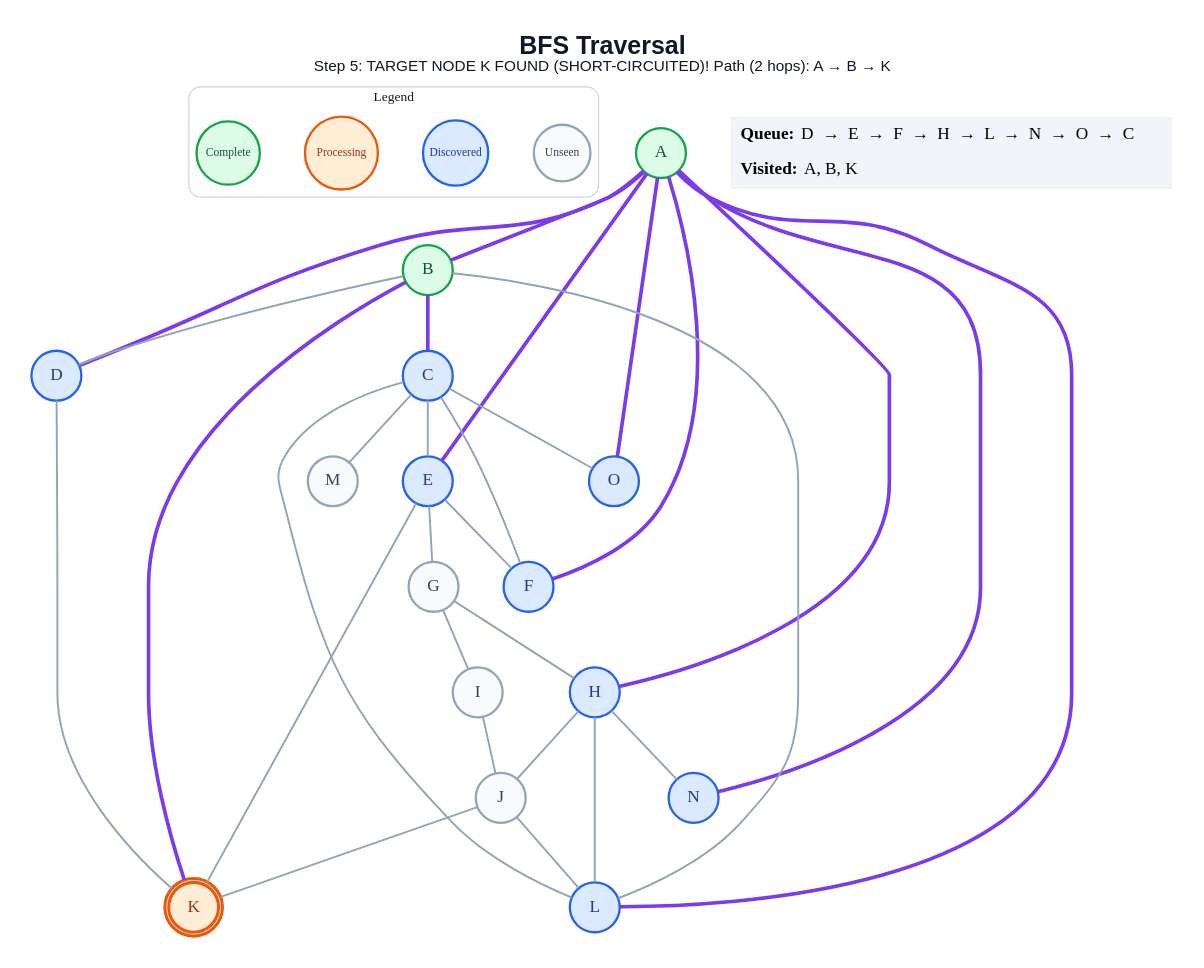
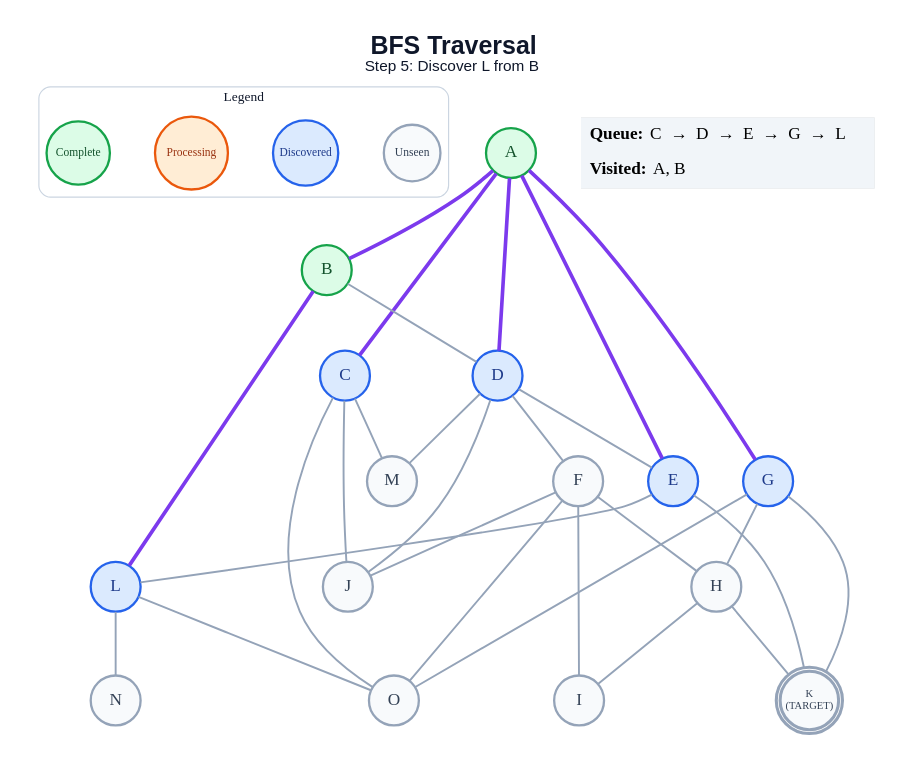
One commit to anon7238593-create/ai-slop changed the diagram in generated/short-circuit/bfs/step_05.dot. Above: the diagram before and after it, drawn with Graphviz. The commit also changed 238 other files, not shown here.

```diff
--- a/generated/short-circuit/bfs/step_05.dot
+++ b/generated/short-circuit/bfs/step_05.dot
@@ -1,63 +1,61 @@
 graph traversal {
   graph [layout=dot, rankdir=TB, bgcolor="#FFFFFF", pad="0.35", nodesep="0.65", ranksep="0.8", fontname="Arial"];
   node [shape=circle, style="filled", fontname="Arial Bold", fontsize=18, width=0.72, fixedsize=true, penwidth=2.4];
   edge [color="#94A3B8", penwidth=2.0];
-  label=<<B>BFS Traversal</B><BR/><FONT POINT-SIZE="16">Step 5: TARGET NODE K FOUND (SHORT-CIRCUITED)! Path (2 hops): A → B → K</FONT>>; labelloc="t"; fontsize=26; fontname="Arial"; fontcolor="#0F172A";
+  label=<<B>BFS Traversal</B><BR/><FONT POINT-SIZE="16">Step 5: Discover L from B</FONT>>; labelloc="t"; fontsize=26; fontname="Arial"; fontcolor="#0F172A";
   subgraph cluster_legend { label="Legend"; color="#CBD5E1"; penwidth=1.2; style="rounded"; fontsize=14; fontname="Arial Bold";
     key_unseen [label="Unseen", fillcolor="#F8FAFC", color="#94A3B8", fontcolor="#334155", fontsize=12, width=0.82];
     key_frontier [label="Discovered", fillcolor="#DBEAFE", color="#2563EB", fontcolor="#1E3A8A", fontsize=12, width=0.95];
     key_current [label="Processing", fillcolor="#FFEDD5", color="#EA580C", fontcolor="#9A3412", fontsize=12, width=1.05];
     key_done [label="Complete", fillcolor="#DCFCE7", color="#16A34A", fontcolor="#14532D", fontsize=12, width=0.92];
     { rank=same; key_unseen; key_frontier; key_current; key_done; }
   }
   A [label="A", fillcolor="#DCFCE7", color="#16A34A", fontcolor="#14532D", peripheries=1, penwidth=2.4];
   B [label="B", fillcolor="#DCFCE7", color="#16A34A", fontcolor="#14532D", peripheries=1, penwidth=2.4];
   C [label="C", fillcolor="#DBEAFE", color="#2563EB", fontcolor="#1E3A8A", peripheries=1, penwidth=2.4];
   D [label="D", fillcolor="#DBEAFE", color="#2563EB", fontcolor="#1E3A8A", peripheries=1, penwidth=2.4];
   E [label="E", fillcolor="#DBEAFE", color="#2563EB", fontcolor="#1E3A8A", peripheries=1, penwidth=2.4];
-  F [label="F", fillcolor="#DBEAFE", color="#2563EB", fontcolor="#1E3A8A", peripheries=1, penwidth=2.4];
-  G [label="G", fillcolor="#F8FAFC", color="#94A3B8", fontcolor="#334155", peripheries=1, penwidth=2.4];
-  H [label="H", fillcolor="#DBEAFE", color="#2563EB", fontcolor="#1E3A8A", peripheries=1, penwidth=2.4];
+  F [label="F", fillcolor="#F8FAFC", color="#94A3B8", fontcolor="#334155", peripheries=1, penwidth=2.4];
+  G [label="G", fillcolor="#DBEAFE", color="#2563EB", fontcolor="#1E3A8A", peripheries=1, penwidth=2.4];
+  H [label="H", fillcolor="#F8FAFC", color="#94A3B8", fontcolor="#334155", peripheries=1, penwidth=2.4];
   I [label="I", fillcolor="#F8FAFC", color="#94A3B8", fontcolor="#334155", peripheries=1, penwidth=2.4];
   J [label="J", fillcolor="#F8FAFC", color="#94A3B8", fontcolor="#334155", peripheries=1, penwidth=2.4];
-  K [label="K", fillcolor="#FFEDD5", color="#EA580C", fontcolor="#9A3412", peripheries=2, penwidth=3.2];
+  K [label="K\n(TARGET)", fillcolor="#F8FAFC", color="#94A3B8", fontcolor="#334155", peripheries=2, penwidth=3.2, fontsize=11, width=0.85, height=0.85];
   L [label="L", fillcolor="#DBEAFE", color="#2563EB", fontcolor="#1E3A8A", peripheries=1, penwidth=2.4];
   M [label="M", fillcolor="#F8FAFC", color="#94A3B8", fontcolor="#334155", peripheries=1, penwidth=2.4];
-  N [label="N", fillcolor="#DBEAFE", color="#2563EB", fontcolor="#1E3A8A", peripheries=1, penwidth=2.4];
-  O [label="O", fillcolor="#DBEAFE", color="#2563EB", fontcolor="#1E3A8A", peripheries=1, penwidth=2.4];
+  N [label="N", fillcolor="#F8FAFC", color="#94A3B8", fontcolor="#334155", peripheries=1, penwidth=2.4];
+  O [label="O", fillcolor="#F8FAFC", color="#94A3B8", fontcolor="#334155", peripheries=1, penwidth=2.4];
   A -- B [color="#7C3AED", penwidth=3.8];
+  A -- C [color="#7C3AED", penwidth=3.8];
   A -- D [color="#7C3AED", penwidth=3.8];
   A -- E [color="#7C3AED", penwidth=3.8];
-  A -- F [color="#7C3AED", penwidth=3.8];
-  A -- H [color="#7C3AED", penwidth=3.8];
-  A -- L [color="#7C3AED", penwidth=3.8];
-  A -- N [color="#7C3AED", penwidth=3.8];
-  A -- O [color="#7C3AED", penwidth=3.8];
-  B -- C [color="#7C3AED", penwidth=3.8];
+  A -- G [color="#7C3AED", penwidth=3.8];
   B -- D;
-  B -- K [color="#7C3AED", penwidth=3.8];
-  B -- L;
-  C -- E;
-  C -- F;
-  C -- L;
+  B -- L [color="#7C3AED", penwidth=3.8];
+  C -- J;
   C -- M;
   C -- O;
-  D -- K;
-  E -- F;
-  E -- G;
+  D -- E;
+  D -- F;
+  D -- J;
+  D -- M;
   E -- K;
+  E -- L;
+  F -- H;
+  F -- I;
+  F -- J;
+  F -- O;
   G -- H;
-  G -- I;
-  H -- J;
-  H -- L;
-  H -- N;
-  I -- J;
-  J -- K;
-  J -- L;
+  G -- K;
+  G -- O;
+  H -- I;
+  H -- K;
+  L -- N;
+  L -- O;
   status [shape=plain, fixedsize=false, width=0, height=0, margin=0, label=<
     <TABLE BORDER="0" CELLBORDER="0" CELLPADDING="7" BGCOLOR="#F1F5F9">
-      <TR><TD ALIGN="LEFT"><B>Queue:</B> D  →  E  →  F  →  H  →  L  →  N  →  O  →  C</TD></TR>
-      <TR><TD ALIGN="LEFT"><B>Visited:</B> A, B, K</TD></TR>
+      <TR><TD ALIGN="LEFT"><B>Queue:</B> C  →  D  →  E  →  G  →  L</TD></TR>
+      <TR><TD ALIGN="LEFT"><B>Visited:</B> A, B</TD></TR>
     </TABLE>
   >];
 }
```
